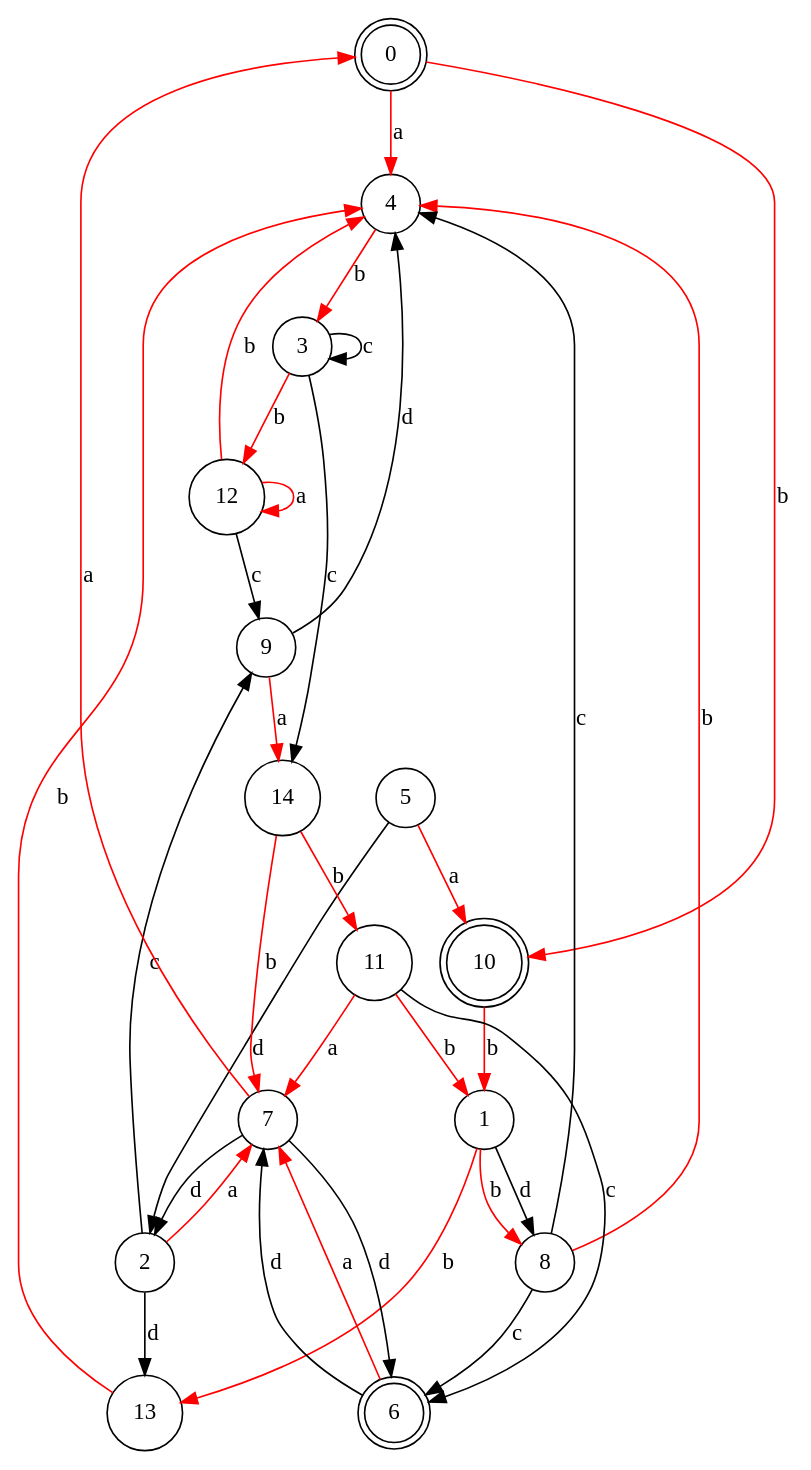
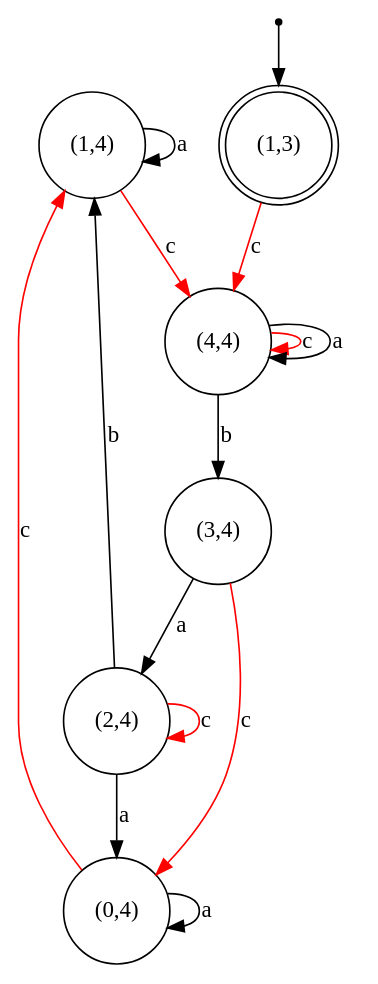
One commit to Reithger/Finite-State-Machine-Model changed the diagram in dotsource.dot. Above: the diagram before and after it, drawn with Graphviz. The commit also changed 66 other files, not shown here.

```diff
--- a/dotsource.dot
+++ b/dotsource.dot
@@ -1,51 +1,23 @@
 digraph G {
-"n0"[label="0"shape=doublecircle color="black"];
-"n1"[label="1"shape=circle color="black"];
-"n2"[label="2"shape=circle color="black"];
-"n3"[label="3"shape=circle color="black"];
-"n4"[label="4"shape=circle color="black"];
-"n5"[label="5"shape=circle color="black"];
-"n6"[label="6"shape=doublecircle color="black"];
-"n7"[label="7"shape=circle color="black"];
-"n8"[label="8"shape=circle color="black"];
-"n9"[label="9"shape=circle color="black"];
-"n10"[label="10"shape=doublecircle color="black"];
-"n11"[label="11"shape=circle color="black"];
-"n12"[label="12"shape=circle color="black"];
-"n13"[label="13"shape=circle color="black"];
-"n14"[label="14"shape=circle color="black"];
-{"n0"}->{"n10"}[label = "b" color="red" arrowhead="normal"];
-{"n0"}->{"n4"}[label = "a" color="red" arrowhead="normal"];
-{"n1"}->{"n8"}[label = "d" color="black" arrowhead="normal"];
-{"n1"}->{"n13"}[label = "b" color="red" arrowhead="normal"];
-{"n1"}->{"n8"}[label = "b" color="red" arrowhead="normal"];
-{"n2"}->{"n7"}[label = "a" color="red" arrowhead="normal"];
-{"n2"}->{"n13"}[label = "d" color="black" arrowhead="normal"];
-{"n2"}->{"n9"}[label = "c" color="black" arrowhead="normal"];
-{"n3"}->{"n3"}[label = "c" color="black" arrowhead="normal"];
-{"n3"}->{"n14"}[label = "c" color="black" arrowhead="normal"];
-{"n3"}->{"n12"}[label = "b" color="red" arrowhead="normal"];
-{"n4"}->{"n3"}[label = "b" color="red" arrowhead="normal"];
-{"n5"}->{"n2"}[label = "d" color="black" arrowhead="normal"];
-{"n5"}->{"n10"}[label = "a" color="red" arrowhead="normal"];
-{"n6"}->{"n7"}[label = "d" color="black" arrowhead="normal"];
-{"n6"}->{"n7"}[label = "a" color="red" arrowhead="normal"];
-{"n7"}->{"n6"}[label = "d" color="black" arrowhead="normal"];
-{"n7"}->{"n2"}[label = "d" color="black" arrowhead="normal"];
-{"n7"}->{"n0"}[label = "a" color="red" arrowhead="normal"];
-{"n8"}->{"n4"}[label = "b" color="red" arrowhead="normal"];
-{"n8"}->{"n4"}[label = "c" color="black" arrowhead="normal"];
-{"n8"}->{"n6"}[label = "c" color="black" arrowhead="normal"];
-{"n9"}->{"n14"}[label = "a" color="red" arrowhead="normal"];
-{"n9"}->{"n4"}[label = "d" color="black" arrowhead="normal"];
-{"n10"}->{"n1"}[label = "b" color="red" arrowhead="normal"];
-{"n11"}->{"n1"}[label = "b" color="red" arrowhead="normal"];
-{"n11"}->{"n6"}[label = "c" color="black" arrowhead="normal"];
-{"n11"}->{"n7"}[label = "a" color="red" arrowhead="normal"];
-{"n12"}->{"n9"}[label = "c" color="black" arrowhead="normal"];
-{"n12"}->{"n12"}[label = "a" color="red" arrowhead="normal"];
-{"n12"}->{"n4"}[label = "b" color="red" arrowhead="normal"];
-{"n13"}->{"n4"}[label = "b" color="red" arrowhead="normal"];
-{"n14"}->{"n11"}[label = "b" color="red" arrowhead="normal"];
-{"n14"}->{"n7"}[label = "b" color="red" arrowhead="normal"];
+"n0"[label="(1,4)"shape=circle color="black"];
+"n1"[label="(1,3)"shape=doublecircle color="black"];
+"ArbitraryUnusedNameNoWorriesJustGrooving2"[fontSize=1 shape=point];
+"n2"[label="(0,4)"shape=circle color="black"];
+"n3"[label="(2,4)"shape=circle color="black"];
+"n4"[label="(3,4)"shape=circle color="black"];
+"n5"[label="(4,4)"shape=circle color="black"];
+{"ArbitraryUnusedNameNoWorriesJustGrooving2"}->{"n1"};
+{"n0"}->{"n5"}[label = "c" color="red" arrowhead="normal"];
+{"n0"}->{"n0"}[label = "a" color="black" arrowhead="normal"];
+{"n1"}->{"n5"}[label = "c" color="red" arrowhead="normal"];
+{"n2"}->{"n0"}[label = "c" color="red" arrowhead="normal"];
+{"n2"}->{"n2"}[label = "a" color="black" arrowhead="normal"];
+{"n3"}->{"n0"}[label = "b" color="black" arrowhead="normal"];
+{"n3"}->{"n2"}[label = "a" color="black" arrowhead="normal"];
+{"n3"}->{"n3"}[label = "c" color="red" arrowhead="normal"];
+{"n4"}->{"n2"}[label = "c" color="red" arrowhead="normal"];
+{"n4"}->{"n3"}[label = "a" color="black" arrowhead="normal"];
+{"n5"}->{"n4"}[label = "b" color="black" arrowhead="normal"];
+{"n5"}->{"n5"}[label = "c" color="red" arrowhead="normal"];
+{"n5"}->{"n5"}[label = "a" color="black" arrowhead="normal"];
 }
```
